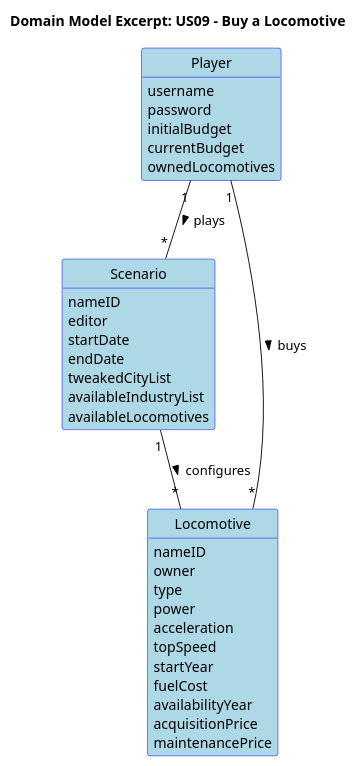
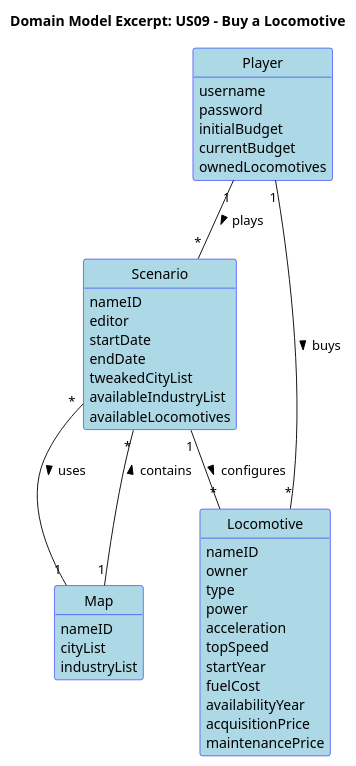
One commit to HenriqueSilva18/Railway-Network-Simulator changed the diagram in docs/system-documentation/Sprint 2/US09/02.analysis/puml/US09-DM.puml. Above: the diagram before and after it, drawn with PlantUML. The commit also changed 26 other files, not shown here.

```diff
--- a/docs/system-documentation/Sprint 2/US09/02.analysis/puml/US09-DM.puml
+++ b/docs/system-documentation/Sprint 2/US09/02.analysis/puml/US09-DM.puml
@@ -1,56 +1,61 @@
 @startuml
 skinparam shadowing false
 skinparam classAttributeIconSize 0
 skinparam class {
   BackgroundColor LightBlue
   BorderColor Blue
 }
 skinparam enum {
   BackgroundColor LightBlue
   BorderColor Blue
 }
 hide circle
 hide methods
 
 title Domain Model Excerpt: US09 - Buy a Locomotive
 
 class Player {
   username
   password
   initialBudget
   currentBudget
   ownedLocomotives
+}
+
+class Map {
+  nameID
+  cityList
+  industryList
 }
 
 class Scenario {
   nameID
   editor
   startDate
   endDate
   tweakedCityList
   availableIndustryList
   availableLocomotives
 }
 
 class Locomotive {
   nameID
   owner
   type
   power
   acceleration
   topSpeed
   startYear
   fuelCost
   availabilityYear
   acquisitionPrice
   maintenancePrice
 }
 
 Player "1" -- "*" Scenario : plays >
 Player "1" -- "*" Locomotive : buys >
 Scenario "1" -- "*" Locomotive : configures >
-
-
-
+Scenario "*" -- "1" Map : uses >
+Map "1" -- "*" Scenario : contains >
 
 @enduml
```
